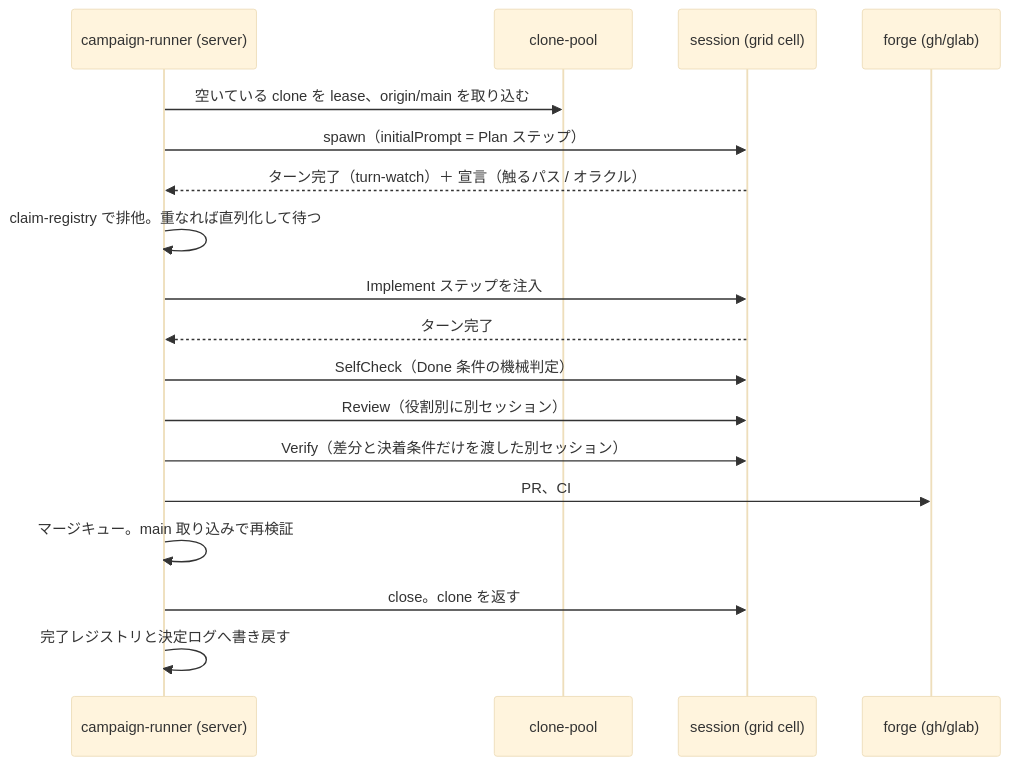
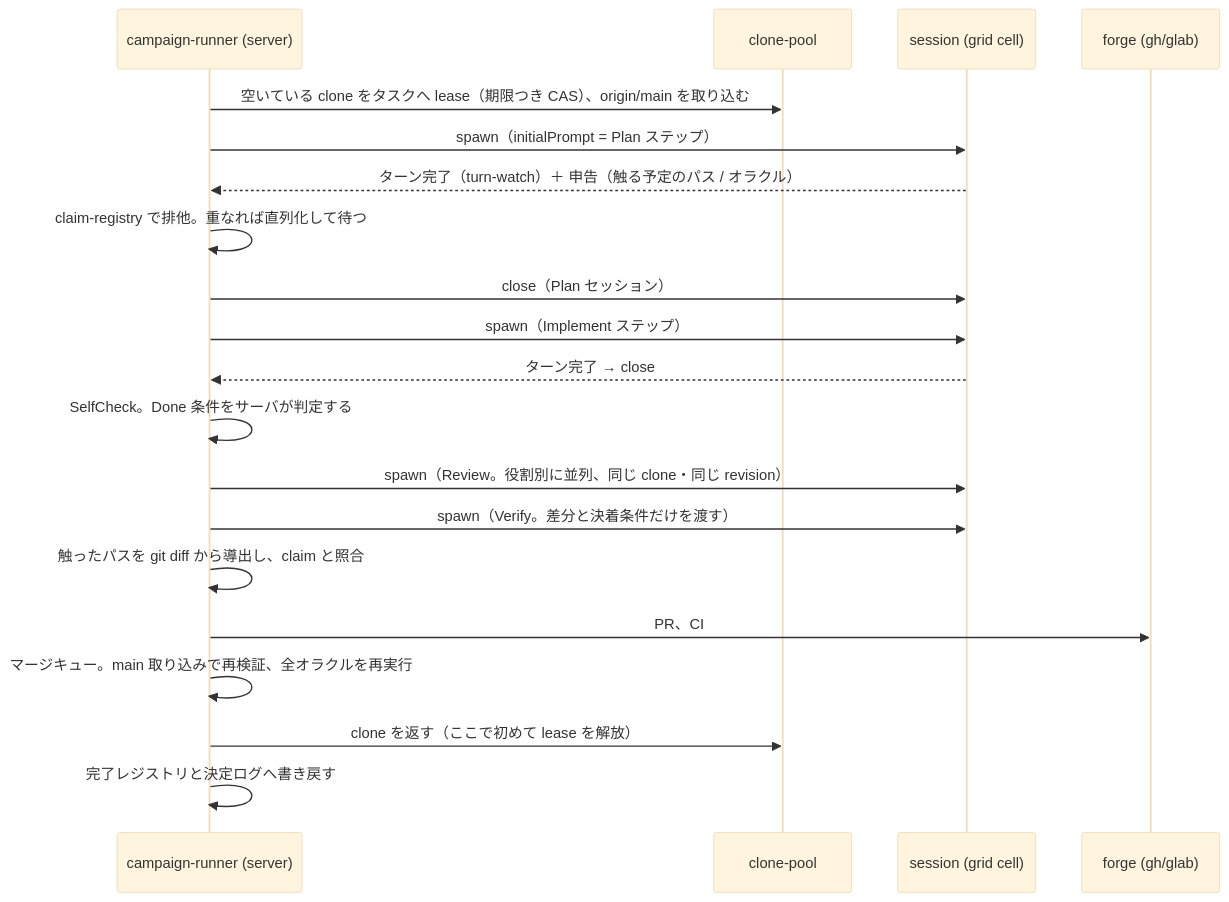
Before and after one commit to highfar-projects/mulmoterminal: the diagram in future/grid-campaign-mode.md, drawn with Mermaid (base theme). The commit also changed other lines of this file and 1 other file, not shown here.

First line of the commit message:
fix: address CR/Codex review iter-1

````diff
--- a/future/grid-campaign-mode.md
+++ b/future/grid-campaign-mode.md
@@ -138,20 +177,22 @@
 ```mermaid
 sequenceDiagram
     participant O as campaign-runner (server)
     participant C as clone-pool
     participant S as session (grid cell)
     participant G as forge (gh/glab)
-    O->>C: 空いている clone を lease、origin/main を取り込む
+    O->>C: 空いている clone をタスクへ lease（期限つき CAS）、origin/main を取り込む
     O->>S: spawn（initialPrompt = Plan ステップ）
-    S-->>O: ターン完了（turn-watch）＋ 宣言（触るパス / オラクル）
+    S-->>O: ターン完了（turn-watch）＋ 申告（触る予定のパス / オラクル）
     O->>O: claim-registry で排他。重なれば直列化して待つ
-    O->>S: Implement ステップを注入
-    S-->>O: ターン完了
-    O->>S: SelfCheck（Done 条件の機械判定）
-    O->>S: Review（役割別に別セッション）
-    O->>S: Verify（差分と決着条件だけを渡した別セッション）
+    O->>S: close（Plan セッション）
+    O->>S: spawn（Implement ステップ）
+    S-->>O: ターン完了 → close
+    O->>O: SelfCheck。Done 条件をサーバが判定する
+    O->>S: spawn（Review。役割別に並列、同じ clone・同じ revision）
+    O->>S: spawn（Verify。差分と決着条件だけを渡す）
+    O->>O: 触ったパスを git diff から導出し、claim と照合
     O->>G: PR、CI
-    O->>O: マージキュー。main 取り込みで再検証
-    O->>S: close。clone を返す
+    O->>O: マージキュー。main 取り込みで再検証、全オラクルを再実行
+    O->>C: clone を返す（ここで初めて lease を解放）
     O->>O: 完了レジストリと決定ログへ書き戻す
 ```
````
